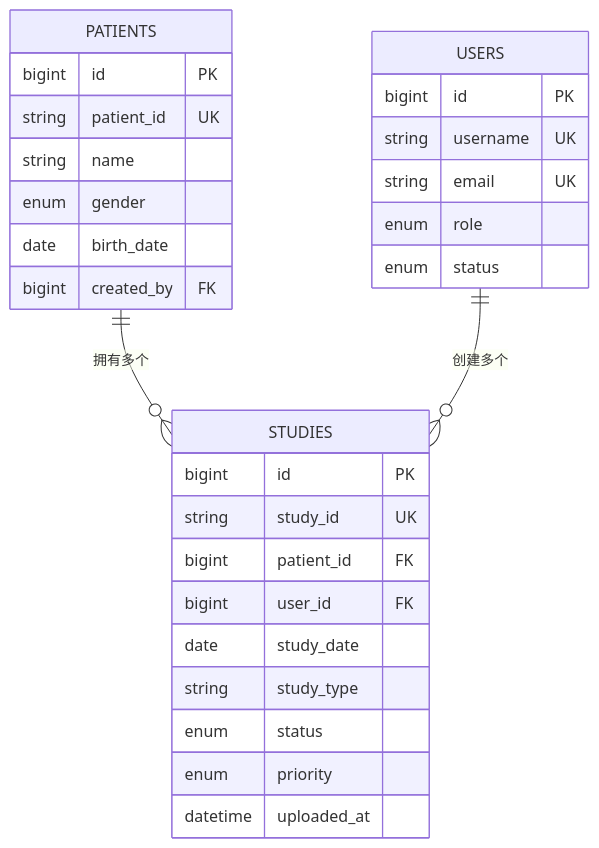
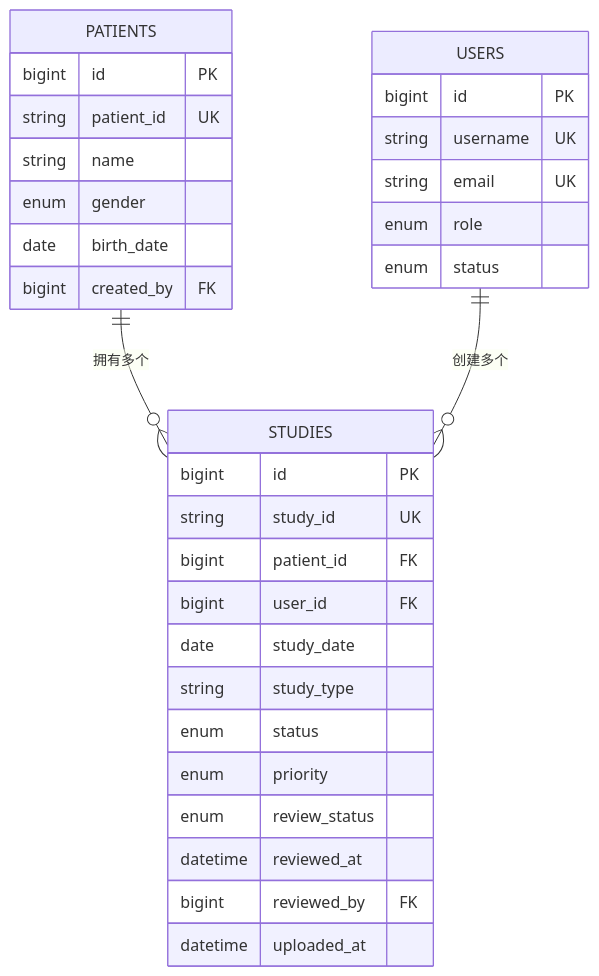
One commit to xingranya/CervixDetectAI changed the first of 2 diagrams in wiki/数据库设计/表结构/病例表 (studies).md. Above: the diagram before and after it, drawn with Mermaid. The commit also changed other lines of this file and 9 other files, not shown here.

````diff
--- a/wiki/数据库设计/表结构/病例表 (studies).md
+++ b/wiki/数据库设计/表结构/病例表 (studies).md
@@ -88,31 +91,34 @@
 ```mermaid
 erDiagram
 PATIENTS {
 bigint id PK
 string patient_id UK
 string name
 enum gender
 date birth_date
 bigint created_by FK
 }
 USERS {
 bigint id PK
 string username UK
 string email UK
 enum role
 enum status
 }
 STUDIES {
 bigint id PK
 string study_id UK
 bigint patient_id FK
 bigint user_id FK
 date study_date
 string study_type
 enum status
 enum priority
+enum review_status
+datetime reviewed_at
+bigint reviewed_by FK
 datetime uploaded_at
 }
 PATIENTS ||--o{ STUDIES : "拥有多个"
 USERS ||--o{ STUDIES : "创建多个"
 ```
````
